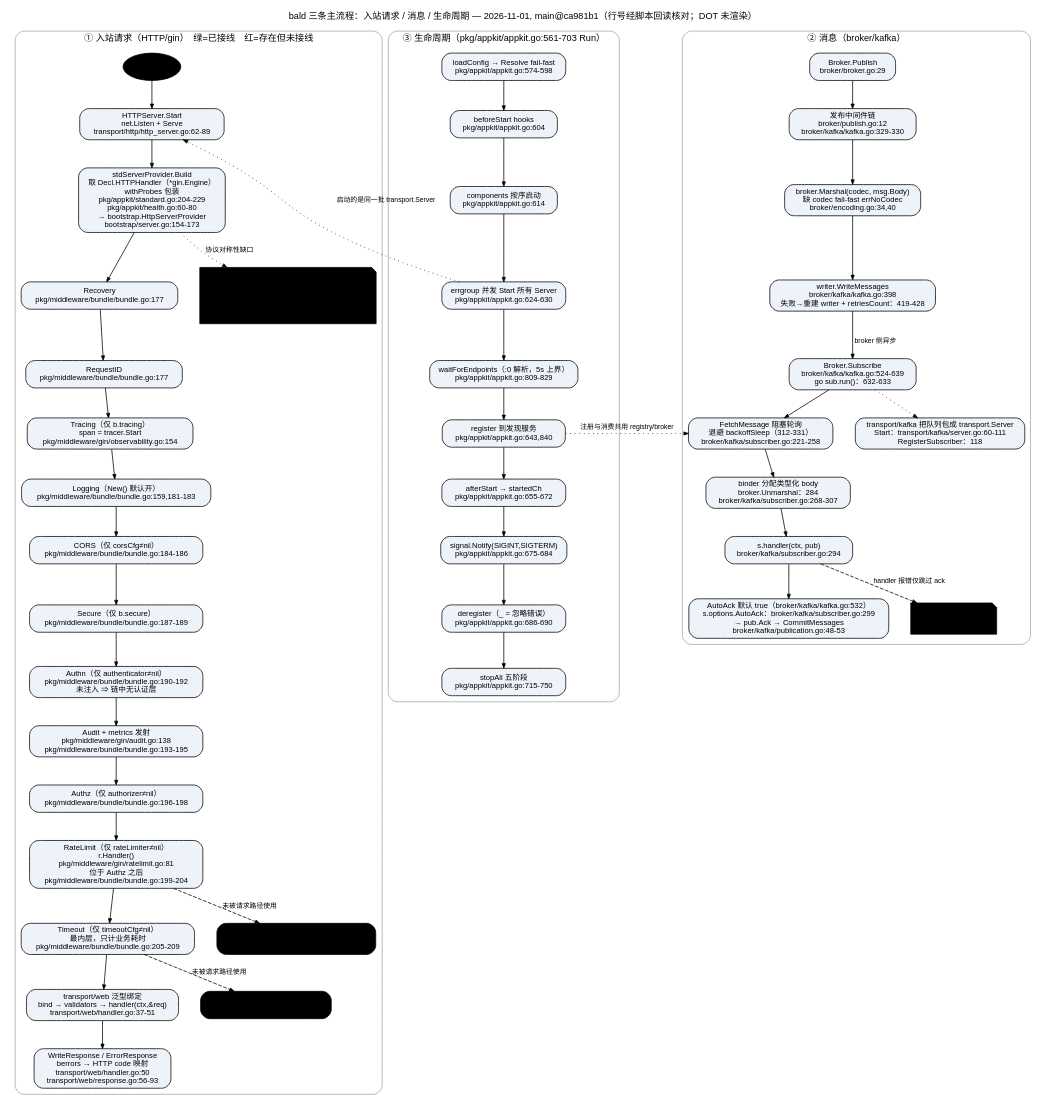
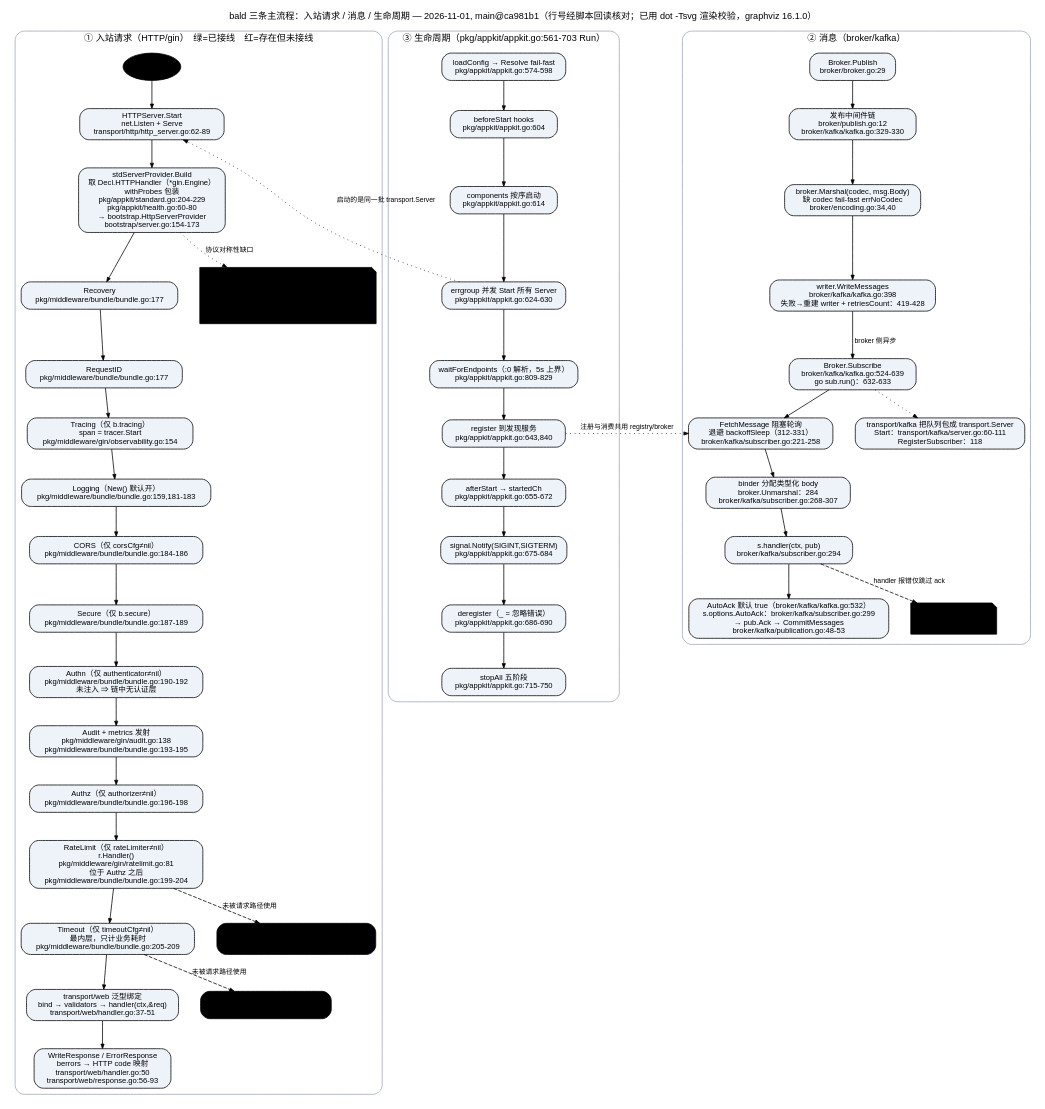
The diagram in docs/architecture/flows.dot (kalandramo/bald), drawn with Graphviz before and after one commit. The commit also changed 11 other files, not shown here.

First line of the commit message:
docs(architecture): 装齐工具真实渲染/解析校验，修正图源缺陷

```diff
--- a/docs/architecture/flows.dot
+++ b/docs/architecture/flows.dot
@@ -1,84 +1,84 @@
 digraph bald_flows {
     rankdir=TB;
     graph [fontname="Helvetica", fontsize=12, labelloc=t, ranksep=0.5, nodesep=0.4,
-           label="bald 三条主流程：入站请求 / 消息 / 生命周期 — 2026-11-01, main@ca981b1（行号经脚本回读核对；DOT 未渲染）"];
+           label="bald 三条主流程：入站请求 / 消息 / 生命周期 — 2026-11-01, main@ca981b1（行号经脚本回读核对；已用 dot -Tsvg 渲染校验，graphviz 16.1.0）"];
     node [fontname="Helvetica", fontsize=10, shape=box, style="rounded,filled", fillcolor="#eef3fa"];
     edge [fontname="Helvetica", fontsize=9, arrowsize=0.6];
 
     // ================= 子图 1：入站请求 =================
     subgraph cluster_req {
         label="① 入站请求（HTTP/gin）　绿=已接线　红=存在但未接线";
         style=rounded; color="#9aa7b8";
 
         client [label="客户端请求", shape=ellipse, fillcolor="#fff"];
         listen [label="HTTPServer.Start\nnet.Listen + Serve\n transport/http/http_server.go:62-89"];
         build [label="stdServerProvider.Build\n取 Decl.HTTPHandler（*gin.Engine）\nwithProbes 包装\n pkg/appkit/standard.go:204-229\n pkg/appkit/health.go:60-80\n → bootstrap.HttpServerProvider\n bootstrap/server.go:154-173"];
         rec [label="Recovery\n pkg/middleware/bundle/bundle.go:177"];
         rid [label="RequestID\n pkg/middleware/bundle/bundle.go:177"];
         trc [label="Tracing（仅 b.tracing）\n span = tracer.Start\n pkg/middleware/gin/observability.go:154"];
         lg [label="Logging（New() 默认开）\n pkg/middleware/bundle/bundle.go:159,181-183"];
         cors [label="CORS（仅 corsCfg≠nil）\n pkg/middleware/bundle/bundle.go:184-186"];
         sec [label="Secure（仅 b.secure）\n pkg/middleware/bundle/bundle.go:187-189"];
         authn [label="Authn（仅 authenticator≠nil）\n pkg/middleware/bundle/bundle.go:190-192\n 未注入 ⇒ 链中无认证层"];
         audit [label="Audit + metrics 发射\n pkg/middleware/gin/audit.go:138\n pkg/middleware/bundle/bundle.go:193-195"];
         authz [label="Authz（仅 authorizer≠nil）\n pkg/middleware/bundle/bundle.go:196-198"];
         rl [label="RateLimit（仅 rateLimiter≠nil）\n r.Handler()\n pkg/middleware/gin/ratelimit.go:81\n 位于 Authz 之后\n pkg/middleware/bundle/bundle.go:199-204"];
         to [label="Timeout（仅 timeoutCfg≠nil）\n最内层，只计业务耗时\n pkg/middleware/bundle/bundle.go:205-209"];
         hdl [label="transport/web 泛型绑定\nbind → validators → handler(ctx,&req)\n transport/web/handler.go:37-51"];
         resp [label="WriteResponse / ErrorResponse\nberrors → HTTP code 映射\n transport/web/handler.go:50\n transport/web/response.go:56-93"];
 
         retry_box [label="retry\n零 importer\n（唯一提及 ratelimit/bbr/bbr.go:68 注释）", color="#c33", fontcolor="#c33", fillcolor="#fff"];
         cb_box [label="circuitbreaker\n无 transport / middleware 消费方", color="#c33", fontcolor="#c33", fillcolor="#fff"];
         grpc_tls [label="gRPC 分支\n契约 server.grpc.tls 无人消费\nbootstrap/server.go:100-126 只读 reflection\n生成物硬编码 insecure\n internal/codegen/appspec_tmpl_app.go:288\n详见 risk-review.md §6.5", shape=note, color="#c33", fontcolor="#c33", fillcolor="#fff"];
 
         client -> listen -> build -> rec;
         rec -> rid -> trc -> lg -> cors -> sec -> authn -> audit -> authz -> rl -> to -> hdl -> resp;
         rl -> retry_box [style=dashed, color="#c33", label="未被请求路径使用", fontcolor="#c33"];
         to -> cb_box [style=dashed, color="#c33", label="未被请求路径使用", fontcolor="#c33"];
         build -> grpc_tls [style=dotted, color="#c33", label="协议对称性缺口", fontcolor="#c33"];
     }
 
     // ================= 子图 2：消息流 =================
     subgraph cluster_msg {
         label="② 消息（broker/kafka）";
         style=rounded; color="#9aa7b8";
         pub [label="Broker.Publish\n broker/broker.go:29"];
         pubmw [label="发布中间件链\n broker/publish.go:12\n broker/kafka/kafka.go:329-330"];
         marshal [label="broker.Marshal(codec, msg.Body)\n缺 codec fail-fast errNoCodec\n broker/encoding.go:34,40"];
         write [label="writer.WriteMessages\n broker/kafka/kafka.go:398\n失败→重建 writer + retriesCount：419-428"];
         sub [label="Broker.Subscribe\n broker/kafka/kafka.go:524-639\ngo sub.run()：632-633"];
         poll [label="FetchMessage 阻塞轮询\n退避 backoffSleep（312-331）\n broker/kafka/subscriber.go:221-258"];
         unmarshal [label="binder 分配类型化 body\nbroker.Unmarshal：284\n broker/kafka/subscriber.go:268-307"];
         handler [label="s.handler(ctx, pub)\n broker/kafka/subscriber.go:294"];
         ack [label="AutoAck 默认 true（broker/kafka/kafka.go:532）\ns.options.AutoAck：broker/kafka/subscriber.go:299\n→ pub.Ack → CommitMessages\n broker/kafka/publication.go:48-53"];
         dlq [label="UNKNOWN\n无重投递 / 无死信队列\n（代码中未发现）", shape=note, color="#c33", fontcolor="#c33", fillcolor="#fff"];
         tsk [label="transport/kafka 把队列包成 transport.Server\nStart：transport/kafka/server.go:60-111\nRegisterSubscriber：118"];
 
         pub -> pubmw -> marshal -> write;
         write -> sub [label="broker 侧异步"];
         sub -> poll -> unmarshal -> handler -> ack;
         handler -> dlq [style=dashed, color="#c33", label="handler 报错仅跳过 ack", fontcolor="#c33"];
         sub -> tsk [style=dotted];
     }
 
     // ================= 子图 3：生命周期 =================
     subgraph cluster_life {
         label="③ 生命周期（pkg/appkit/appkit.go:561-703 Run）";
         style=rounded; color="#9aa7b8";
         l1 [label="loadConfig → Resolve fail-fast\n pkg/appkit/appkit.go:574-598"];
         l2 [label="beforeStart hooks\n pkg/appkit/appkit.go:604"];
         l3 [label="components 按序启动\n pkg/appkit/appkit.go:614"];
         l4 [label="errgroup 并发 Start 所有 Server\n pkg/appkit/appkit.go:624-630"];
         l5 [label="waitForEndpoints（:0 解析，5s 上界）\n pkg/appkit/appkit.go:809-829"];
         l6 [label="register 到发现服务\n pkg/appkit/appkit.go:643,840"];
         l7 [label="afterStart → startedCh\n pkg/appkit/appkit.go:655-672"];
         l8 [label="signal.Notify(SIGINT,SIGTERM)\n pkg/appkit/appkit.go:675-684"];
         l9 [label="deregister（_ = 忽略错误）\n pkg/appkit/appkit.go:686-690"];
         l10 [label="stopAll 五阶段\n pkg/appkit/appkit.go:715-750"];
         l1 -> l2 -> l3 -> l4 -> l5 -> l6 -> l7 -> l8 -> l9 -> l10;
     }
 
     // 跨子图接缝（不强制布局）
     l4 -> listen [style=dotted, color="#666", label="启动的是同一批 transport.Server", constraint=false];
     l6 -> poll [style=dotted, color="#666", label="注册与消费共用 registry/broker", constraint=false];
 }
```
